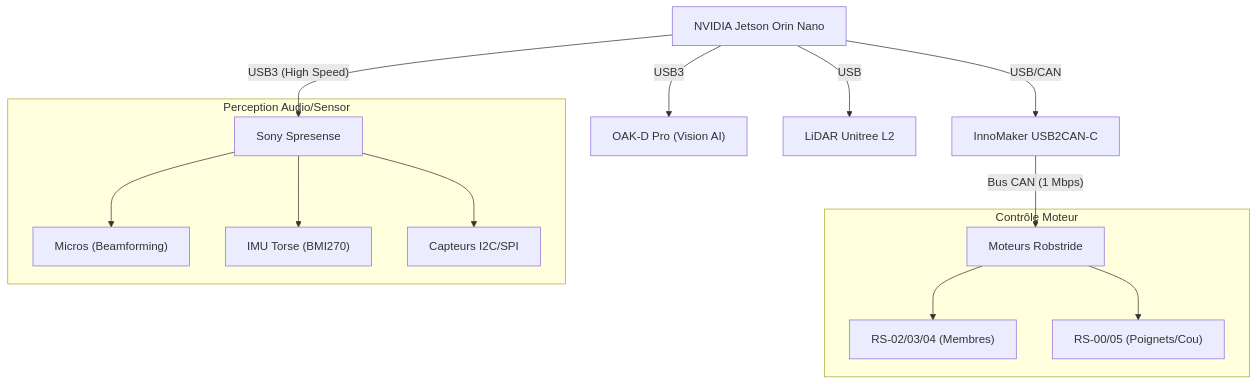
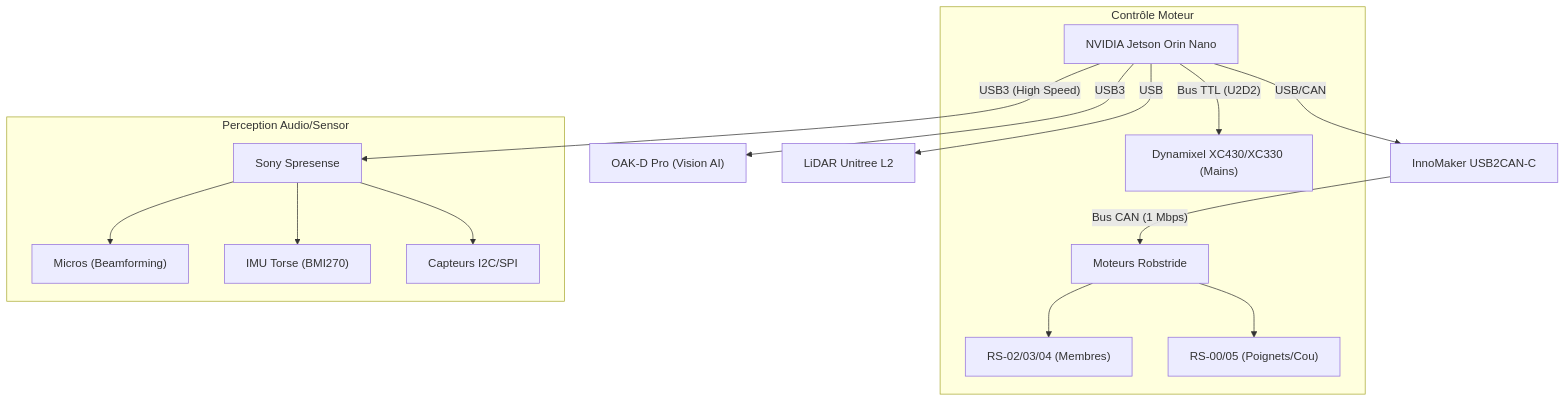
The diagram in 01_Synthese_Projet.md (d-sergent/dbot-documentation), drawn with Mermaid before and after one commit. The commit also changed other lines of this file and 3 other files, not shown here.

Commit message:
Update 22: Establish D-Hand Hybrid as definitive architecture across all project docs

````diff
--- a/01_Synthese_Projet.md
+++ b/01_Synthese_Projet.md
@@ -34,19 +35,20 @@
 ```mermaid
 graph TD
     A[NVIDIA Jetson Orin Nano] -- "USB3 (High Speed)" --> B[Sony Spresense]
     A -- USB/CAN --> C["InnoMaker USB2CAN-C"]
     C -- "Bus CAN (1 Mbps)" --> D[Moteurs Robstride]
     A -- USB3 --> E["OAK-D Pro (Vision AI)"]
     A -- USB --> F[LiDAR Unitree L2]
 
     subgraph "Contrôle Moteur"
     D --> D1["RS-02/03/04 (Membres)"]
     D --> D2["RS-00/05 (Poignets/Cou)"]
+    A -- "Bus TTL (U2D2)" --> D3["Dynamixel XC430/XC330 (Mains)"]
     end
 
     subgraph "Perception Audio/Sensor"
     B --> B1["Micros (Beamforming)"]
     B --> B2["IMU Torse (BMI270)"]
     B --> B3[Capteurs I2C/SPI]
     end
 ```
````
